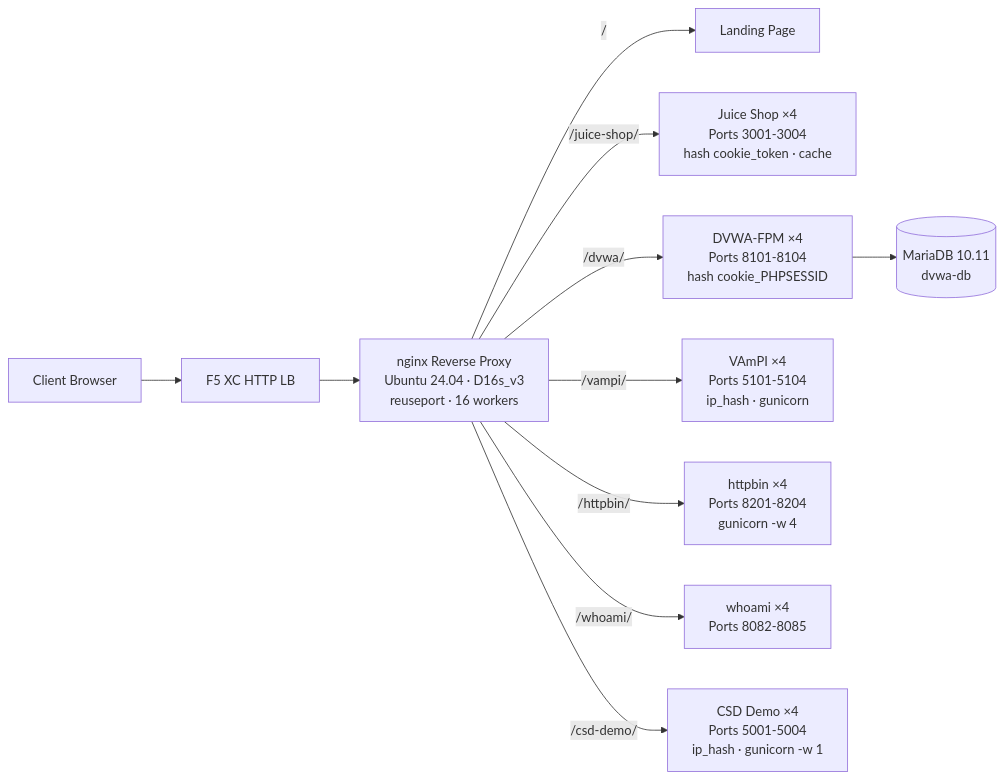
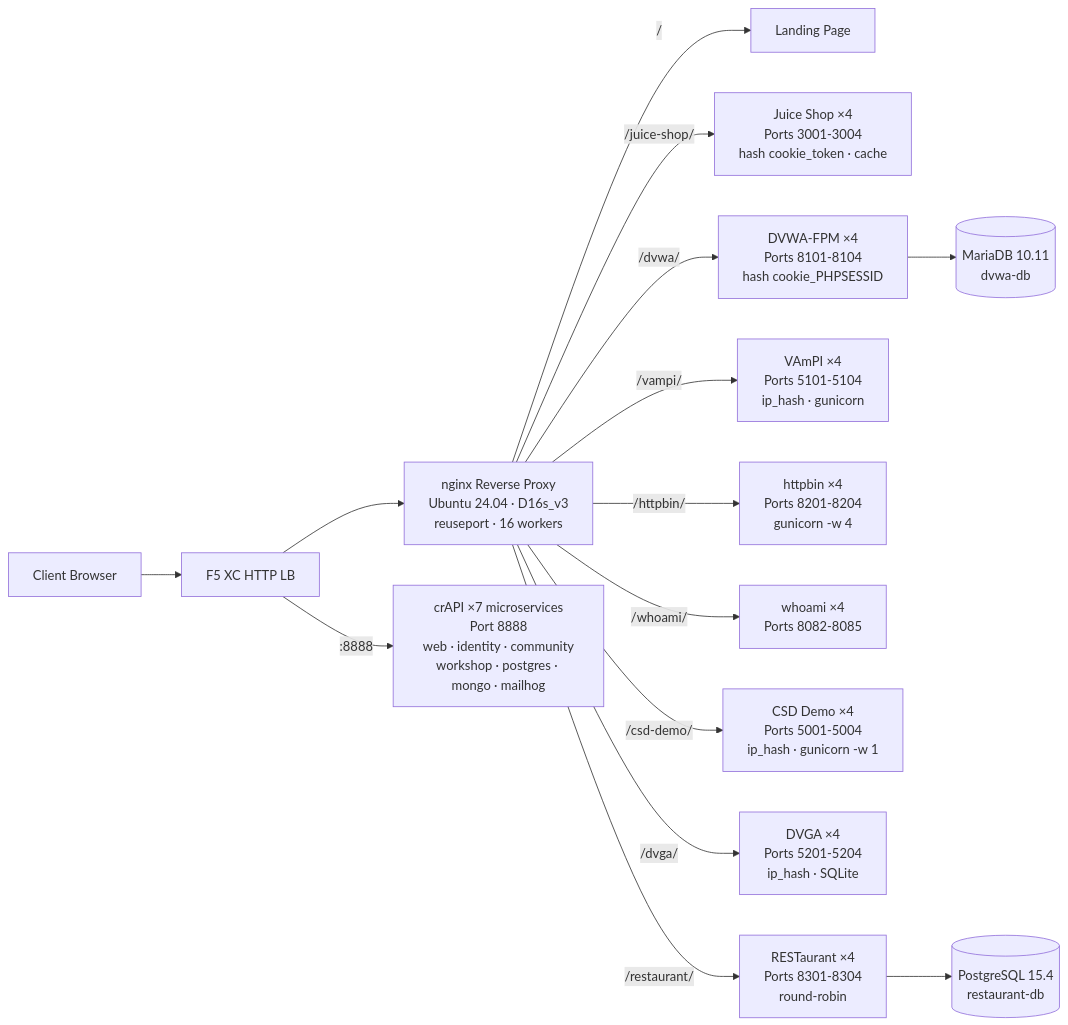
Before and after one commit to f5-sales-demo/origin-server: the diagram in docs/01-architecture.mdx, drawn with Mermaid. The commit also changed other lines of this file and 8 other files, not shown here.

First line of the commit message:
feat: add DVGA, RESTaurant API, and crAPI for comprehensive API security testing (#47)

````diff
--- a/docs/01-architecture.mdx
+++ b/docs/01-architecture.mdx
@@ -22,13 +22,17 @@
 ```mermaid
 graph LR
     Client[Client Browser] --> XCHLB[F5 XC HTTP LB]
     XCHLB --> NGINX[nginx Reverse Proxy<br/>Ubuntu 24.04 · D16s_v3<br/>reuseport · 16 workers]
     NGINX --> |/| DEFAULT[Landing Page]
     NGINX --> |/juice-shop/| JS[Juice Shop ×4<br/>Ports 3001-3004<br/>hash cookie_token · cache]
     NGINX --> |/dvwa/| DVWA[DVWA-FPM ×4<br/>Ports 8101-8104<br/>hash cookie_PHPSESSID]
     NGINX --> |/vampi/| VAMPI[VAmPI ×4<br/>Ports 5101-5104<br/>ip_hash · gunicorn]
     NGINX --> |/httpbin/| HTTPBIN[httpbin ×4<br/>Ports 8201-8204<br/>gunicorn -w 4]
     NGINX --> |/whoami/| WHOAMI[whoami ×4<br/>Ports 8082-8085]
     NGINX --> |/csd-demo/| CSD[CSD Demo ×4<br/>Ports 5001-5004<br/>ip_hash · gunicorn -w 1]
+    NGINX --> |/dvga/| DVGA[DVGA ×4<br/>Ports 5201-5204<br/>ip_hash · SQLite]
+    NGINX --> |/restaurant/| REST[RESTaurant ×4<br/>Ports 8301-8304<br/>round-robin]
+    XCHLB --> |:8888| CRAPI[crAPI ×7 microservices<br/>Port 8888<br/>web · identity · community<br/>workshop · postgres · mongo · mailhog]
     DVWA --> DB[(MariaDB 10.11<br/>dvwa-db)]
+    REST --> RESTDB[(PostgreSQL 15.4<br/>restaurant-db)]
 ```
````
